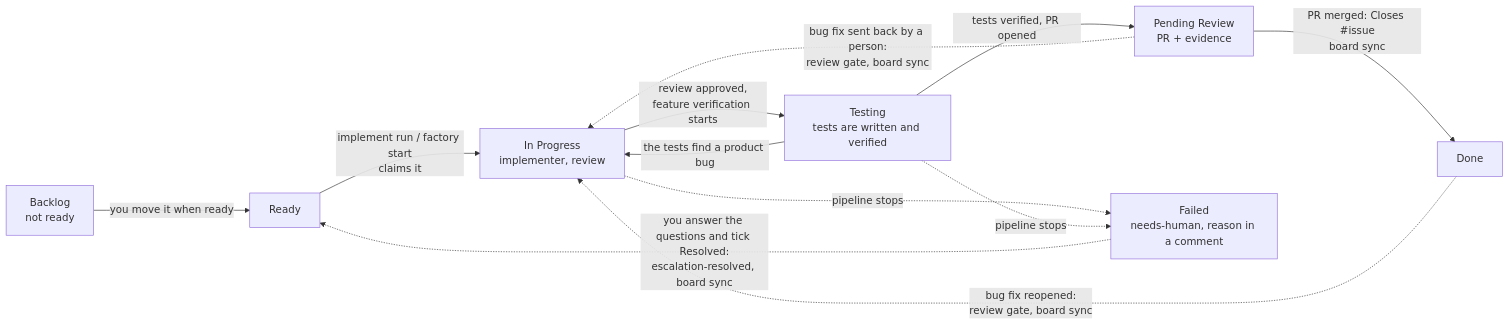
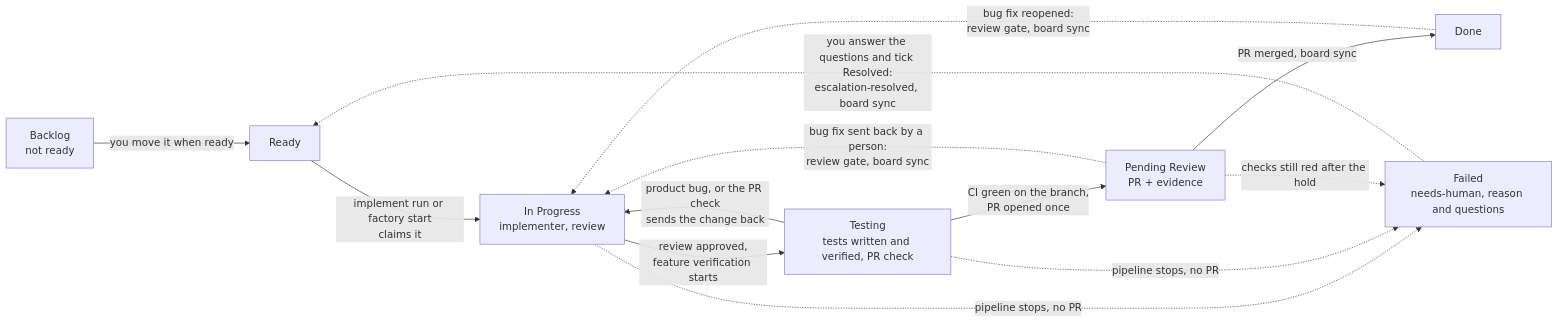
One commit to armandodollia-slalom/ai-app-factory-public changed the diagram in docs/ai-pipeline/board.md. Above: the diagram before and after it, drawn with Mermaid. The commit also changed 157 other files, not shown here.

````diff
--- a/docs/ai-pipeline/board.md
+++ b/docs/ai-pipeline/board.md
@@ -9,14 +9,15 @@
 ```mermaid
 flowchart LR
-  B[Backlog<br/>not ready] -->|you move it when ready| T[Ready]
-  T -->|implement run / factory start<br/>claims it| P[In Progress<br/>implementer, review]
-  P -->|review approved,<br/>feature verification starts| Q[Testing<br/>tests are written and verified]
-  Q -->|the tests find a product bug| P
-  Q -->|tests verified, PR opened| R[Pending Review<br/>PR + evidence]
-  R -->|PR merged: Closes #issue<br/>board sync| D[Done]
-  R -.->|bug fix sent back by a person:<br/>review gate, board sync| P
-  D -.->|bug fix reopened:<br/>review gate, board sync| P
-  P -.->|pipeline stops| F[Failed<br/>needs-human, reason in a comment]
-  Q -.->|pipeline stops| F
-  F -.->|you answer the questions and tick Resolved:<br/>escalation-resolved, board sync| T
+  B["Backlog<br/>not ready"] -->|"you move it when ready"| T["Ready"]
+  T -->|"implement run or factory start<br/>claims it"| P["In Progress<br/>implementer, review"]
+  P -->|"review approved,<br/>feature verification starts"| Q["Testing<br/>tests written and verified, PR check"]
+  Q -->|"product bug, or the PR check<br/>sends the change back"| P
+  Q -->|"CI green on the branch,<br/>PR opened once"| R["Pending Review<br/>PR + evidence"]
+  R -->|"PR merged, board sync"| D["Done"]
+  R -.->|"bug fix sent back by a person:<br/>review gate, board sync"| P
+  D -.->|"bug fix reopened:<br/>review gate, board sync"| P
+  P -.->|"pipeline stops, no PR"| F["Failed<br/>needs-human, reason and questions"]
+  Q -.->|"pipeline stops, no PR"| F
+  R -.->|"checks still red after the hold"| F
+  F -.->|"you answer the questions and tick Resolved:<br/>escalation-resolved, board sync"| T
 ```
````
